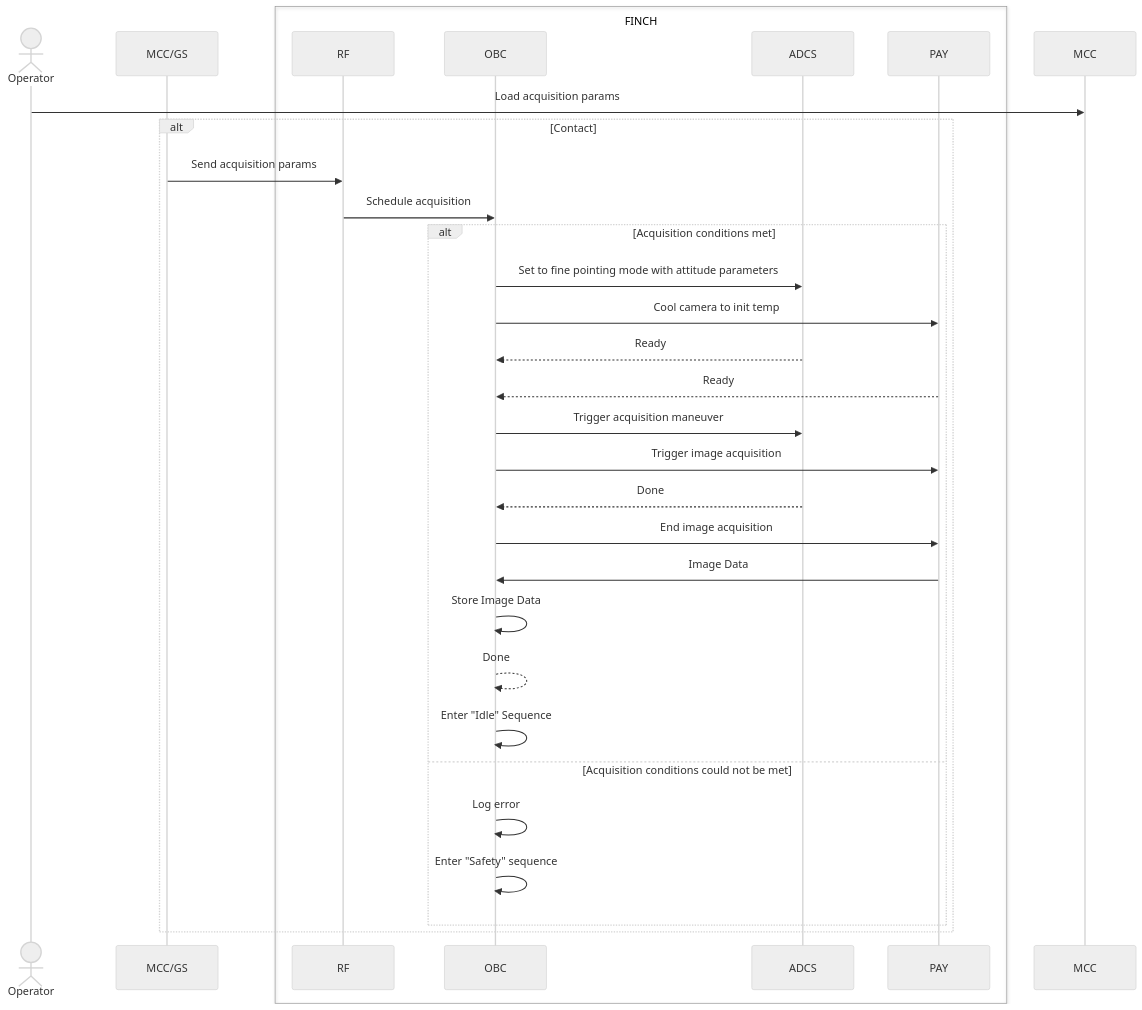
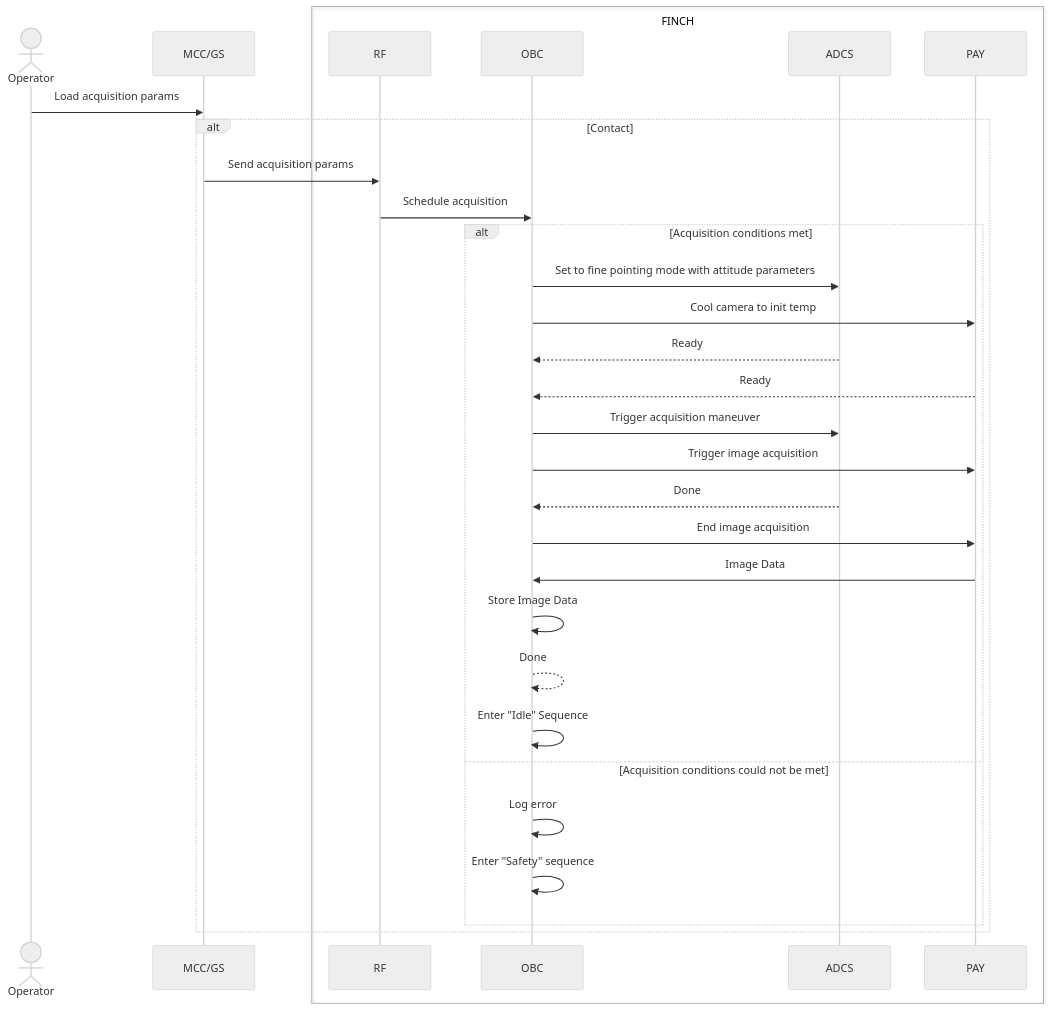
Before and after one commit to utat-ss/FINCH-sequence-diagrams: the diagram in command sequences/acquisition-command.md, drawn with Mermaid (neutral theme).

````diff
--- a/command sequences/acquisition-command.md
+++ b/command sequences/acquisition-command.md
@@ -2,44 +2,44 @@
 ```mermaid
 sequenceDiagram
     Actor Operator
     participant MCC/GS
     box FINCH
         participant RF
         participant OBC
         participant ADCS
         participant PAY
     end
 
-    Operator->>MCC: Load acquisition params
+    Operator->>MCC/GS: Load acquisition params
     alt Contact
         MCC/GS->>RF: Send acquisition params
 
         RF->>OBC: Schedule acquisition
 
         alt Acquisition conditions met
             OBC->>ADCS: Set to fine pointing mode with attitude parameters
             OBC->>PAY: Cool camera to init temp
             ADCS-->>OBC: Ready
             PAY-->>OBC: Ready
 
             OBC->>ADCS: Trigger acquisition maneuver
             OBC->>PAY: Trigger image acquisition
             ADCS-->>OBC: Done
             OBC->>PAY: End image acquisition
             PAY->>OBC: Image Data
             OBC->>OBC: Store Image Data
             OBC-->>OBC: Done
             OBC->>OBC: Enter "Idle" Sequence
 
 
         else Acquisition conditions could not be met
             OBC->>OBC: Log error
             OBC->>OBC: Enter "Safety" sequence
 
         end
     end
 
 
     
 
 ```
````
